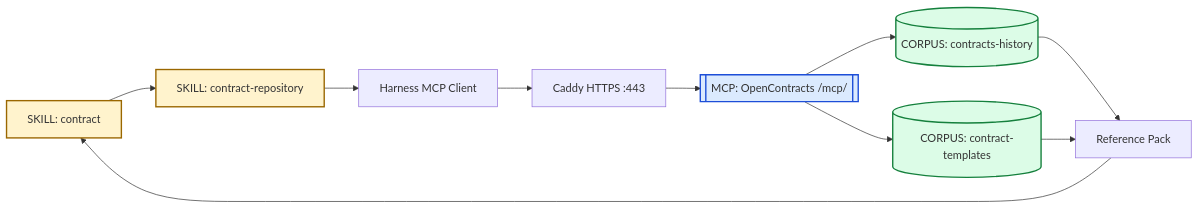
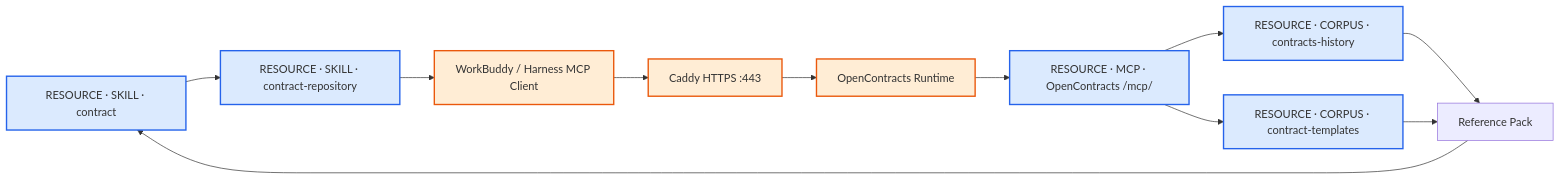
Before and after one commit to Ri0n72Y/ContractBotConfig: the second of 5 diagrams in docs/architecture/c4.md, drawn with Mermaid. The commit also changed other lines of this file, not shown here.

Commit message:
docs: simplify architecture diagrams and distinguish resources from runtime

````diff
--- a/docs/architecture/c4.md
+++ b/docs/architecture/c4.md
@@ -30,19 +32,18 @@
 ```mermaid
 flowchart LR
-    S["SKILL: contract"] --> R["SKILL: contract-repository"]
-    R --> H[Harness MCP Client]
+    S[RESOURCE · SKILL · contract] --> R[RESOURCE · SKILL · contract-repository]
+    R --> H[WorkBuddy / Harness MCP Client]
     H --> C[Caddy HTTPS :443]
-    C --> M[["MCP: OpenContracts /mcp/"]]
-    M --> HC[("CORPUS: contracts-history")]
-    M --> TC[("CORPUS: contract-templates")]
+    C --> O[OpenContracts Runtime]
+    O --> M[RESOURCE · MCP · OpenContracts /mcp/]
+    M --> HC[RESOURCE · CORPUS · contracts-history]
+    M --> TC[RESOURCE · CORPUS · contract-templates]
     HC --> P[Reference Pack]
     TC --> P
     P --> S
 
-    classDef skill fill:#fff3cd,stroke:#9a6700,stroke-width:2px;
-    classDef mcp fill:#dbeafe,stroke:#1d4ed8,stroke-width:2px;
-    classDef corpus fill:#dcfce7,stroke:#15803d,stroke-width:2px;
-    class S,R skill;
-    class M mcp;
-    class HC,TC corpus;
+    classDef resource fill:#dbeafe,stroke:#2563eb,stroke-width:2px;
+    classDef platform fill:#ffedd5,stroke:#ea580c,stroke-width:2px;
+    class S,R,M,HC,TC resource;
+    class H,C,O platform;
 ```
````
